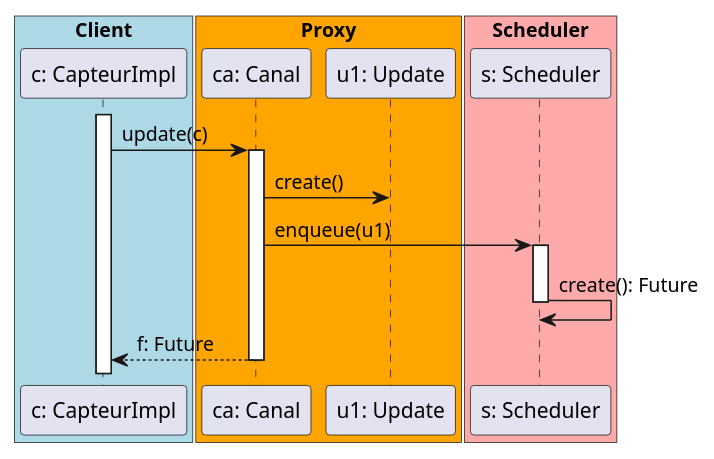
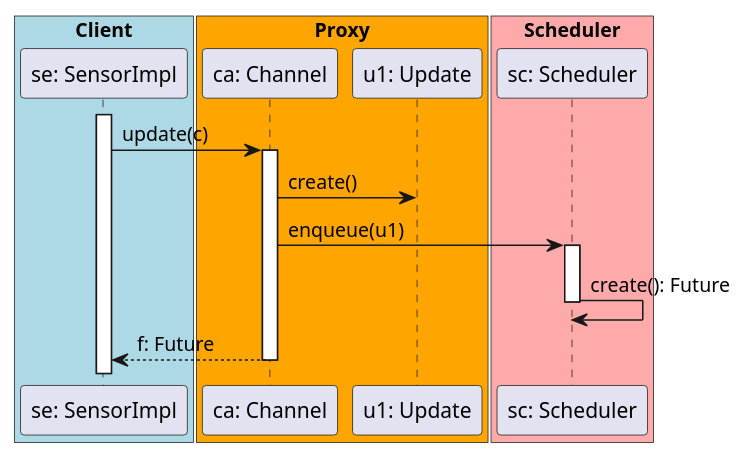
Before and after one commit to ThomasOrgeval/ACO-Observer: the diagram in AOC_ActiveObject_Seq.puml, drawn with PlantUML. The commit also changed 1 other file, not shown here.

```diff
--- a/AOC_ActiveObject_Seq.puml
+++ b/AOC_ActiveObject_Seq.puml
@@ -1,31 +1,31 @@
 @startuml
-'https://plantuml.com/sequence-diagram
+'httpsc://plantuml.com/sequence-diagram
 
 box "Client" #LightBlue
-participant "c: CapteurImpl"
+participant "se: SensorImpl"
 end box
 
 box "Proxy" #Orange
-participant "ca: Canal"
+participant "ca: Channel"
 participant "u1: Update"
 end box
 
 box "Scheduler" #FFAAAA
-participant "s: Scheduler"
+participant "sc: Scheduler"
 end box
 
-activate "c: CapteurImpl"
-"c: CapteurImpl" -> "ca: Canal" : update(c)
+activate "se: SensorImpl"
+"se: SensorImpl" -> "ca: Channel" : update(c)
 
-activate "ca: Canal"
-"ca: Canal" -> "u1: Update" : create()
-"ca: Canal" -> "s: Scheduler" : enqueue(u1)
+activate "ca: Channel"
+"ca: Channel" -> "u1: Update" : create()
+"ca: Channel" -> "sc: Scheduler" : enqueue(u1)
 
-activate "s: Scheduler"
-"s: Scheduler" -> "s: Scheduler" : create(): Future
-deactivate "s: Scheduler"
+activate "sc: Scheduler"
+"sc: Scheduler" -> "sc: Scheduler" : create(): Future
+deactivate "sc: Scheduler"
 
-"ca: Canal" --> "c: CapteurImpl": f: Future
-deactivate "ca: Canal"
+"ca: Channel" --> "se: SensorImpl": f: Future
+deactivate "ca: Channel"
 
 @enduml
```
